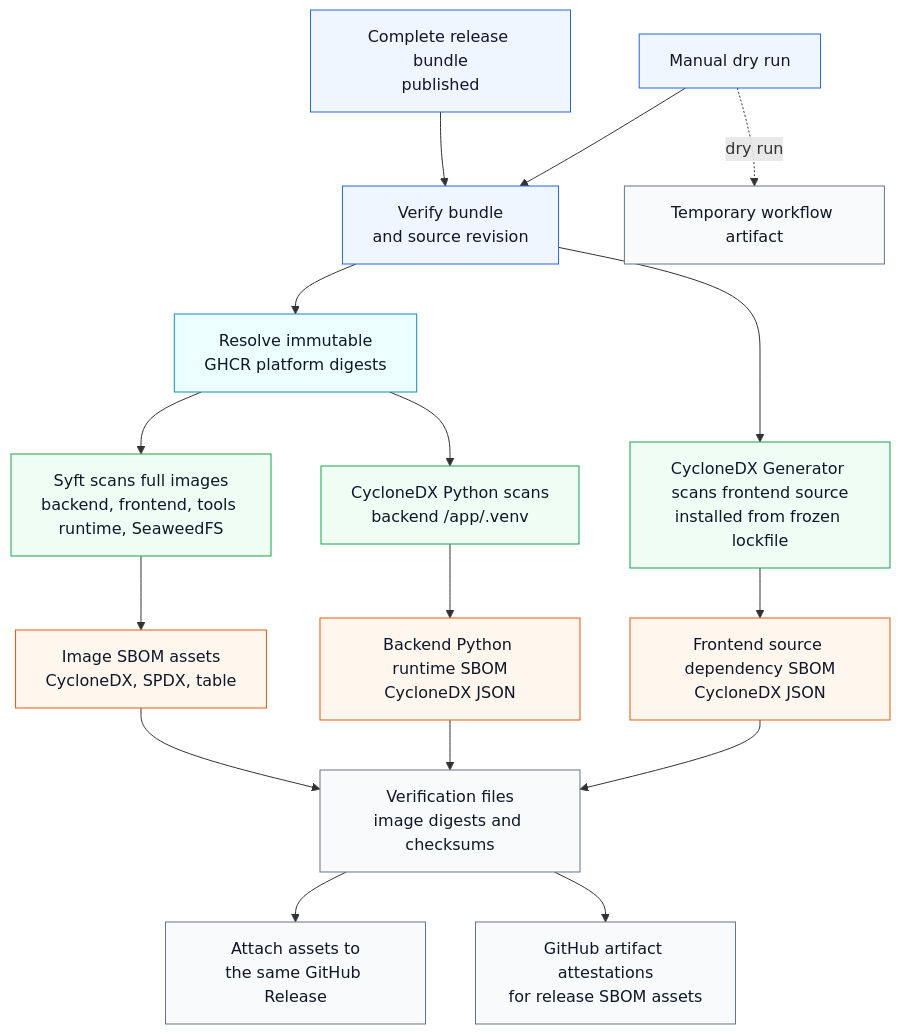
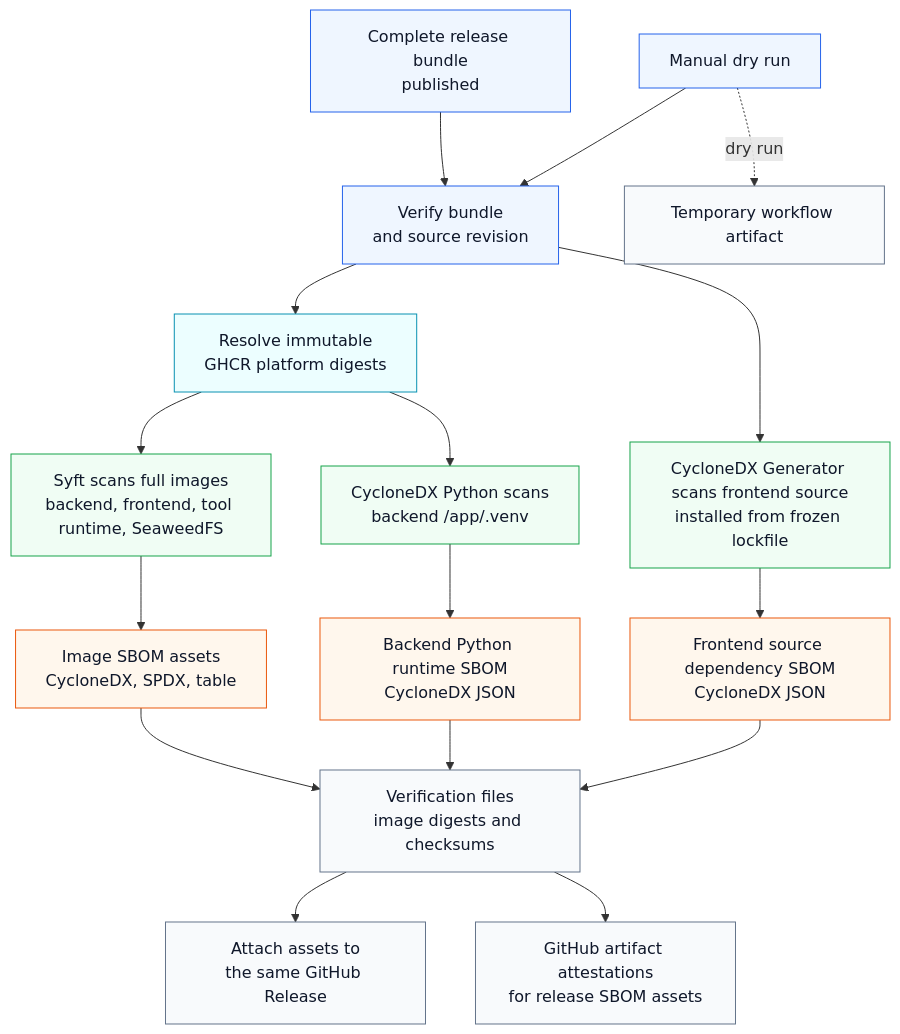
The diagram in frontend/apps/docs-site/src/content/docs/release-sboms.mdx (eneo-ai/eneo), drawn with Mermaid before and after one commit. The commit also changed other lines of this file and 33 other files, not shown here.

````diff
--- a/frontend/apps/docs-site/src/content/docs/release-sboms.mdx
+++ b/frontend/apps/docs-site/src/content/docs/release-sboms.mdx
@@ -120,44 +137,44 @@
 ```mermaid
 flowchart TD
   release["Complete release bundle<br/>published"]
   manual["Manual dry run"]
   tag["Verify bundle<br/>and source revision"]
   digests["Resolve immutable<br/>GHCR platform digests"]
 
-  syft["Syft scans full images<br/>backend, frontend, tools runtime, SeaweedFS"]
+  syft["Syft scans full images<br/>backend, frontend, tool runtime, SeaweedFS"]
   python["CycloneDX Python scans<br/>backend /app/.venv"]
   source["CycloneDX Generator scans frontend source<br/>installed from frozen lockfile"]
 
   imageSboms["Image SBOM assets<br/>CycloneDX, SPDX, table"]
   runtimeSbom["Backend Python runtime SBOM<br/>CycloneDX JSON"]
   sourceSbom["Frontend source dependency SBOM<br/>CycloneDX JSON"]
   verification["Verification files<br/>image digests and checksums"]
   attestation["GitHub artifact attestations<br/>for release SBOM assets"]
 
   release --> tag --> digests
   manual --> tag
   digests --> syft
   digests --> python
   tag --> source
   syft --> imageSboms
   python --> runtimeSbom
   source --> sourceSbom
   imageSboms --> verification
   runtimeSbom --> verification
   sourceSbom --> verification
   verification --> upload["Attach assets to<br/>the same GitHub Release"]
   verification --> attestation
   manual -. dry run .-> artifact["Temporary workflow artifact"]
 
   classDef trigger fill:#eff6ff,stroke:#2563eb,color:#0f172a
   classDef source fill:#ecfeff,stroke:#0891b2,color:#0f172a
   classDef scanner fill:#f0fdf4,stroke:#16a34a,color:#0f172a
   classDef asset fill:#fff7ed,stroke:#ea580c,color:#0f172a
   classDef output fill:#f8fafc,stroke:#64748b,color:#0f172a
 
   class release,manual,tag trigger
   class digests source
   class syft,python,source scanner
   class imageSboms,runtimeSbom,sourceSbom asset
   class verification,upload,artifact,attestation output
 ```
````
